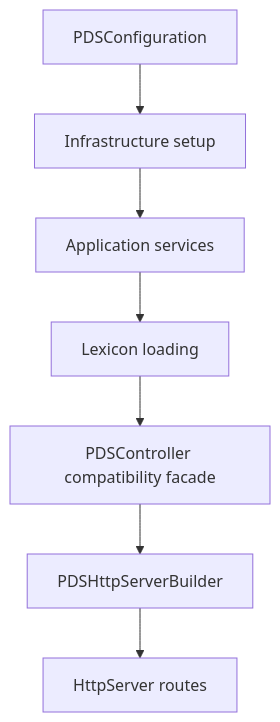
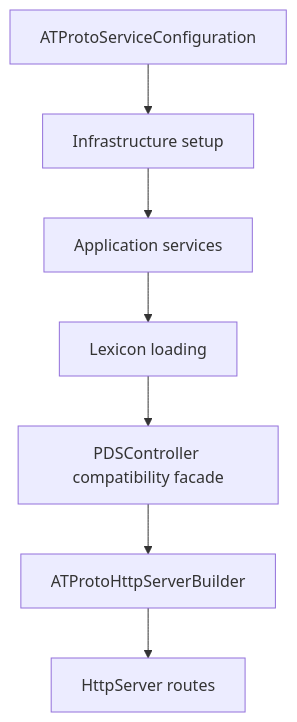
The first of 2 diagrams in docs/03-application-layer/runtime-flow-walkthrough.md (jvalinsky/garazyk), drawn with Mermaid before and after one commit. The commit also changed other lines of this file and 234 other files, not shown here.

````diff
--- a/docs/03-application-layer/runtime-flow-walkthrough.md
+++ b/docs/03-application-layer/runtime-flow-walkthrough.md
@@ -21,9 +21,9 @@
 ```mermaid
 flowchart TD
-  Config["PDSConfiguration"] --> Infra["Infrastructure setup"]
+  Config["ATProtoServiceConfiguration"] --> Infra["Infrastructure setup"]
   Infra --> Services["Application services"]
   Services --> Lexicons["Lexicon loading"]
   Lexicons --> Legacy["PDSController compatibility facade"]
-  Legacy --> Builder["PDSHttpServerBuilder"]
+  Legacy --> Builder["ATProtoHttpServerBuilder"]
   Builder --> Server["HttpServer routes"]
 ```
````
